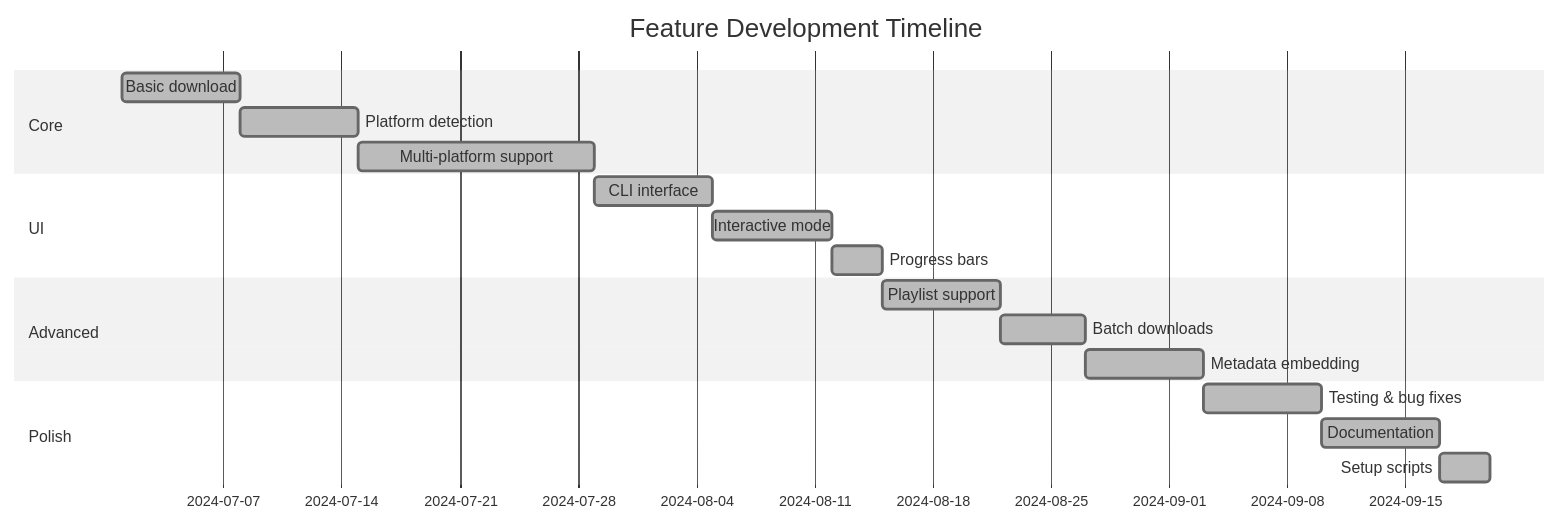
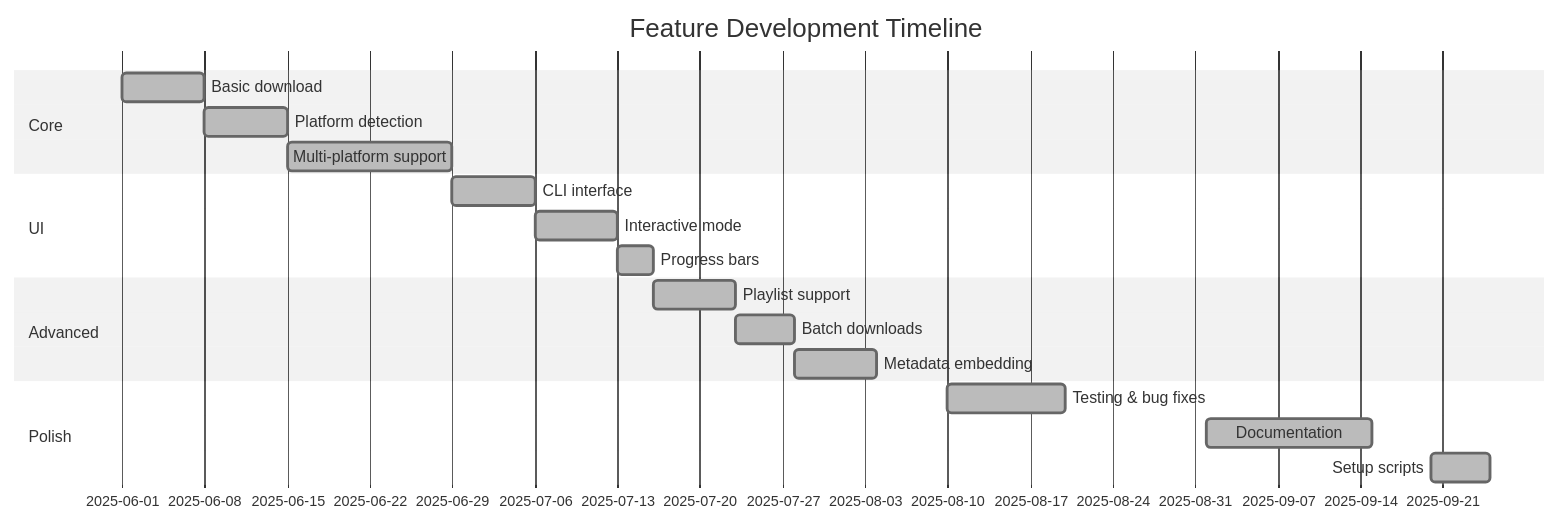
One commit to NK2552003/ULTIMATE-MEDIA-DOWNLOADER changed the seventh of 7 diagrams in HOW_I_CREATED_THIS.md. Above: the diagram before and after it, drawn with Mermaid (neutral theme). The commit also changed other lines of this file and 1 other file, not shown here.

````diff
--- a/HOW_I_CREATED_THIS.md
+++ b/HOW_I_CREATED_THIS.md
@@ -537,24 +537,24 @@
 ```mermaid
 gantt
     title Feature Development Timeline
     dateFormat YYYY-MM-DD
     section Core
-    Basic download          :done, 2024-07-01, 7d
-    Platform detection      :done, 2024-07-08, 7d
-    Multi-platform support  :done, 2024-07-15, 14d
+    Basic download          :done, 2025-06-01, 7d
+    Platform detection      :done, 2025-06-08, 7d
+    Multi-platform support  :done, 2025-06-15, 14d
     
     section UI
-    CLI interface          :done, 2024-07-29, 7d
-    Interactive mode       :done, 2024-08-05, 7d
-    Progress bars          :done, 2024-08-12, 3d
+    CLI interface          :done, 2025-06-29, 7d
+    Interactive mode       :done, 2025-07-06, 7d
+    Progress bars          :done, 2025-07-13, 3d
     
     section Advanced
-    Playlist support       :done, 2024-08-15, 7d
-    Batch downloads        :done, 2024-08-22, 5d
-    Metadata embedding     :done, 2024-08-27, 7d
+    Playlist support       :done, 2025-07-16, 7d
+    Batch downloads        :done, 2025-07-23, 5d
+    Metadata embedding     :done, 2025-07-28, 7d
     
     section Polish
-    Testing & bug fixes    :done, 2024-09-03, 7d
-    Documentation          :done, 2024-09-10, 7d
-    Setup scripts          :done, 2024-09-17, 3d
+    Testing & bug fixes    :done, 2025-08-10, 10d
+    Documentation          :done, 2025-09-01, 14d
+    Setup scripts          :done, 2025-09-20, 5d
 ```
````
